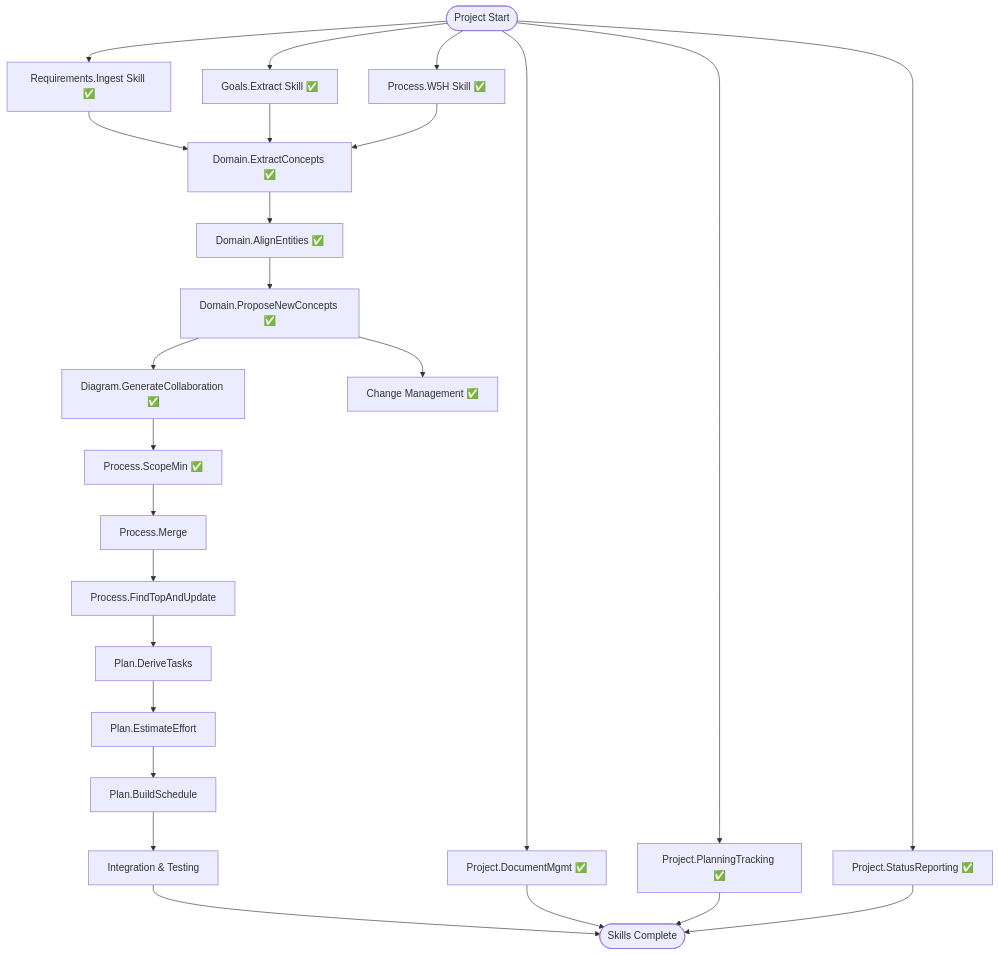
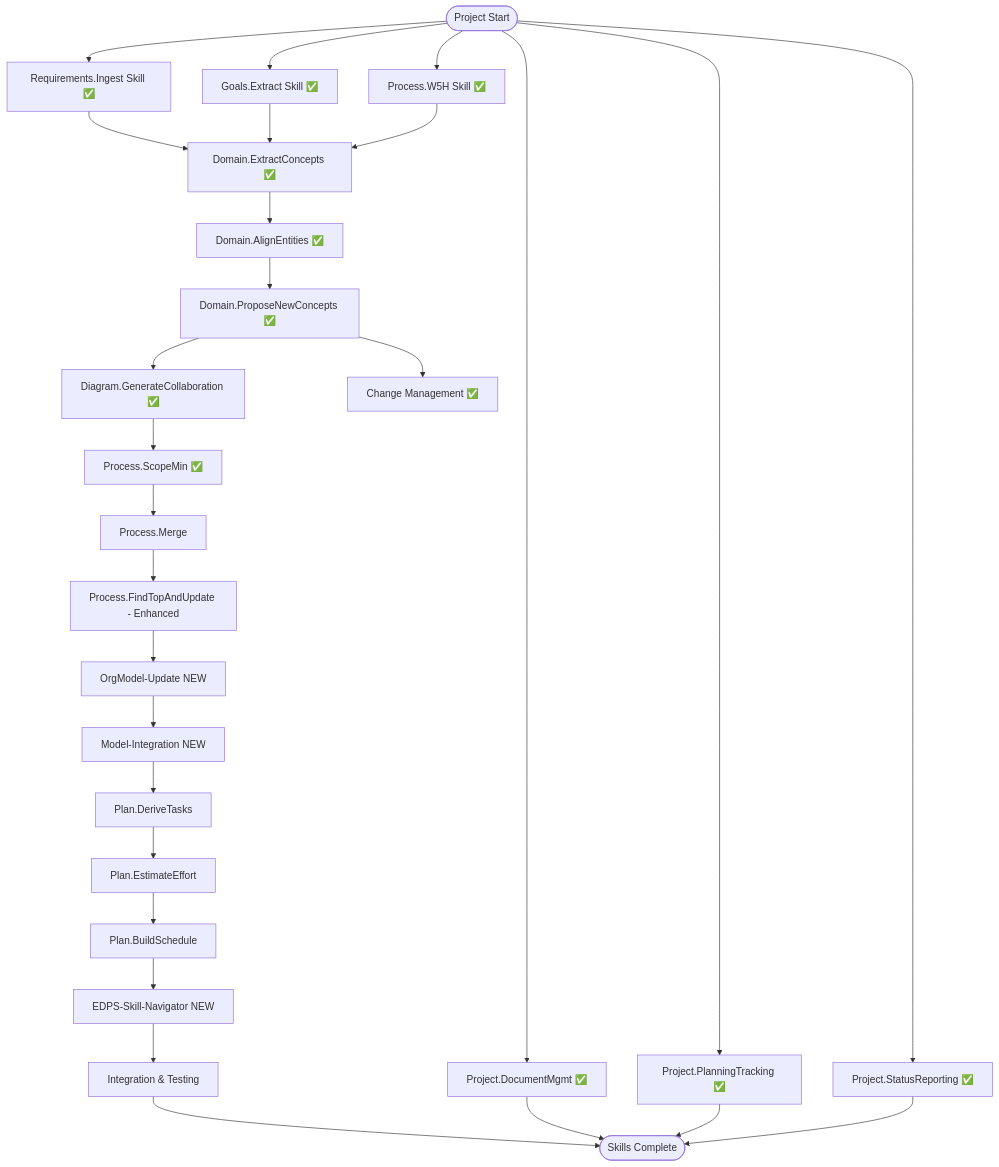
One commit to zhongadamwang/AI_Slowcooker changed the diagram in OrgDocument/projects/01 - Building Skills/project-plan.md. Above: the diagram before and after it, drawn with Mermaid. The commit also changed other lines of this file and 5 other files, not shown here.

Commit message:
Update tasks for updating orgModel

````diff
--- a/OrgDocument/projects/01 - Building Skills/project-plan.md
+++ b/OrgDocument/projects/01 - Building Skills/project-plan.md
@@ -48,27 +52,30 @@
 ```mermaid
 graph TD
     Start([Project Start]) --> T2[Requirements.Ingest Skill ✅]
     Start --> T3[Goals.Extract Skill ✅]
     Start --> T4[Process.W5H Skill ✅]
     T2 --> T5[Domain.ExtractConcepts ✅]
     T3 --> T5
     T4 --> T5
     T5 --> T6[Domain.AlignEntities ✅]
     T6 --> T7[Domain.ProposeNewConcepts ✅]
     T7 --> T8[Diagram.GenerateCollaboration ✅]
     T8 --> T9[Process.ScopeMin ✅]
     T7 --> T16[Change Management ✅]
     T9 --> T10[Process.Merge]
-    T10 --> T11[Process.FindTopAndUpdate]
-    T11 --> T12[Plan.DeriveTasks]
+    T10 --> T11[Process.FindTopAndUpdate - Enhanced]
+    T11 --> T17[OrgModel-Update NEW]
+    T17 --> T18[Model-Integration NEW]
+    T18 --> T12[Plan.DeriveTasks]
     T12 --> T13[Plan.EstimateEffort]
     T13 --> T14[Plan.BuildSchedule]
-    T14 --> T15[Integration & Testing]
+    T14 --> T19[EDPS-Skill-Navigator NEW]
+    T19 --> T15[Integration & Testing]
     T15 --> End([Skills Complete])
     Start --> P1[Project.DocumentMgmt ✅]
     Start --> P2[Project.PlanningTracking ✅]
     Start --> P3[Project.StatusReporting ✅]
     P1 --> End
     P2 --> End  
     P3 --> End
 ```
````
